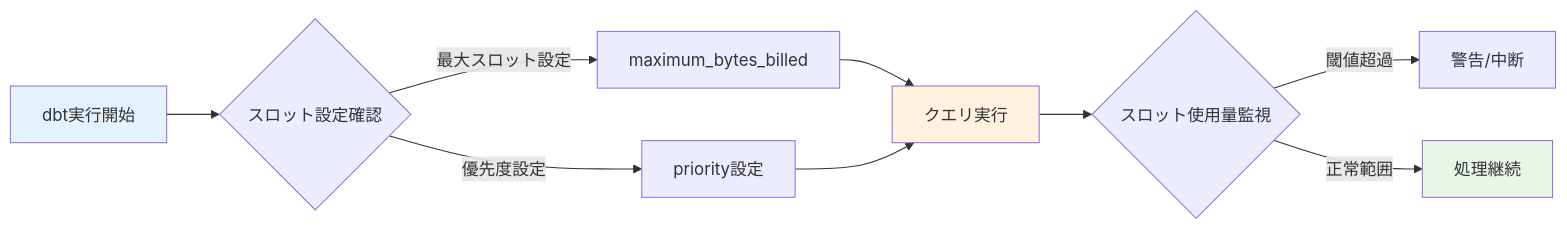
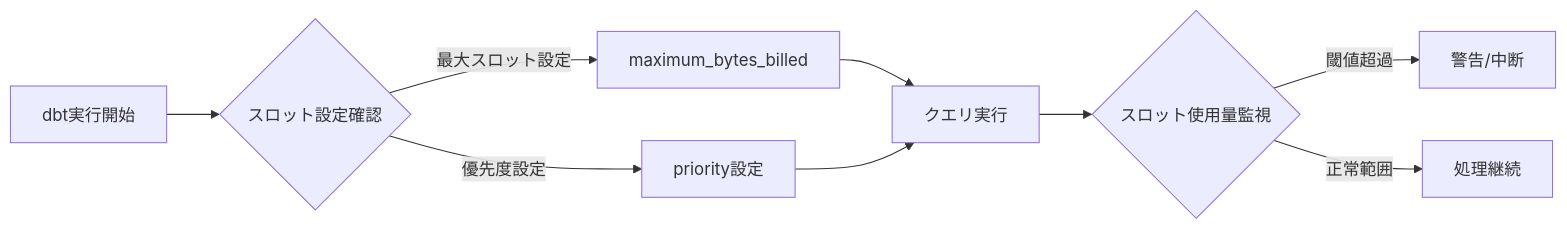
Before and after one commit to 1210yuichi0/1210yuichi0.github.io: the second of 12 diagrams in content/Tech/dbt/categories/performance-optimization.md, drawn with Mermaid. The commit also changed other lines of this file and 22 other files, not shown here.

First line of the commit message:
style: remove Mermaid style directives for dark mode compatibility

````diff
--- a/content/Tech/dbt/categories/performance-optimization.md
+++ b/content/Tech/dbt/categories/performance-optimization.md
@@ -101,17 +97,14 @@
 ```mermaid
 flowchart LR
     A[dbt実行開始] --> B{スロット設定確認}
     B -->|最大スロット設定| C[maximum_bytes_billed]
     B -->|優先度設定| D[priority設定]
 
     C --> E[クエリ実行]
     D --> E
 
     E --> F{スロット使用量監視}
     F -->|閾値超過| G[警告/中断]
     F -->|正常範囲| H[処理継続]
 
-    style A fill:#e3f2fd
-    style E fill:#fff3e0
-    style H fill:#e8f5e9
 ```
````
